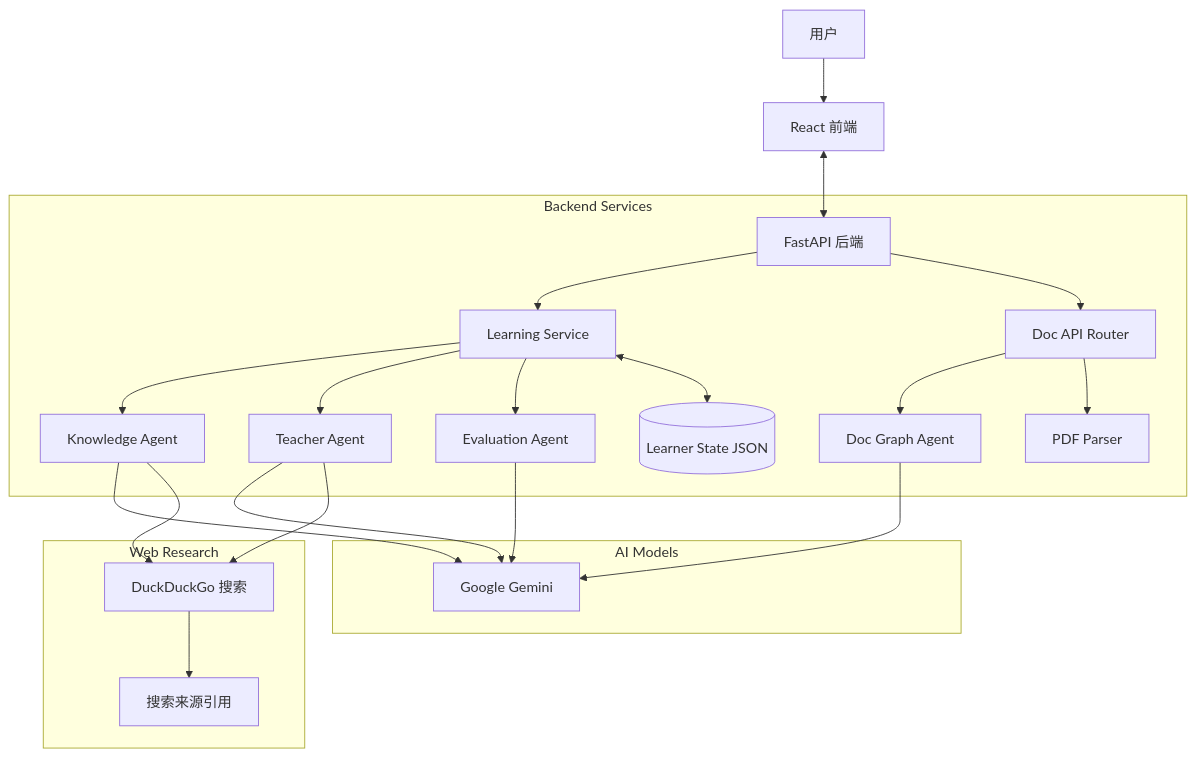
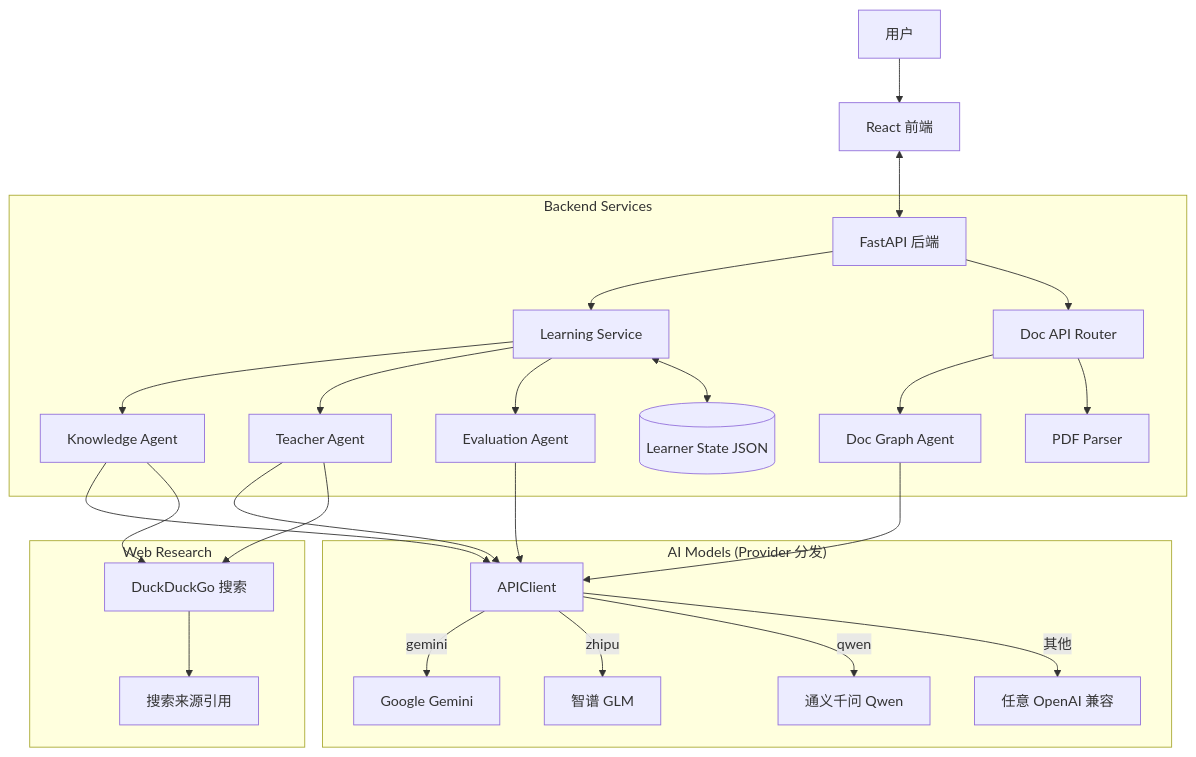
Before and after one commit to Dyiuu/AstraMentor-v1: the diagram in README.md, drawn with Mermaid. The commit also changed other lines of this file and 8 other files, not shown here.

Commit message:
feat(llm): add multi-provider support (GLM, Qwen) and fix frontend math rendering

````diff
--- a/README.md
+++ b/README.md
@@ -116,29 +118,33 @@
 ```mermaid
 graph TD
     User[用户] --> Client[React 前端]
     Client <--> API[FastAPI 后端]
 
     subgraph "Backend Services"
         API --> Service[Learning Service]
         API --> DocAPI[Doc API Router]
         Service --> KA[Knowledge Agent]
         Service --> TA[Teacher Agent]
         Service --> EA[Evaluation Agent]
         DocAPI --> DGA[Doc Graph Agent]
         DocAPI --> PDF[PDF Parser]
         Service <--> DB[(Learner State JSON)]
     end
 
-    subgraph "AI Models"
-        KA --> Gemini[Google Gemini]
-        TA --> Gemini
-        EA --> Gemini
-        DGA --> Gemini
+    subgraph "AI Models (Provider 分发)"
+        KA --> AC[APIClient]
+        TA --> AC
+        EA --> AC
+        DGA --> AC
+        AC -->|gemini| Gemini[Google Gemini]
+        AC -->|zhipu| GLM[智谱 GLM]
+        AC -->|qwen| Qwen[通义千问 Qwen]
+        AC -->|其他| OAI[任意 OpenAI 兼容]
     end
 
     subgraph "Web Research"
         TA --> DDG[DuckDuckGo 搜索]
         KA --> DDG
         DDG --> Sources[搜索来源引用]
     end
 ```
````
